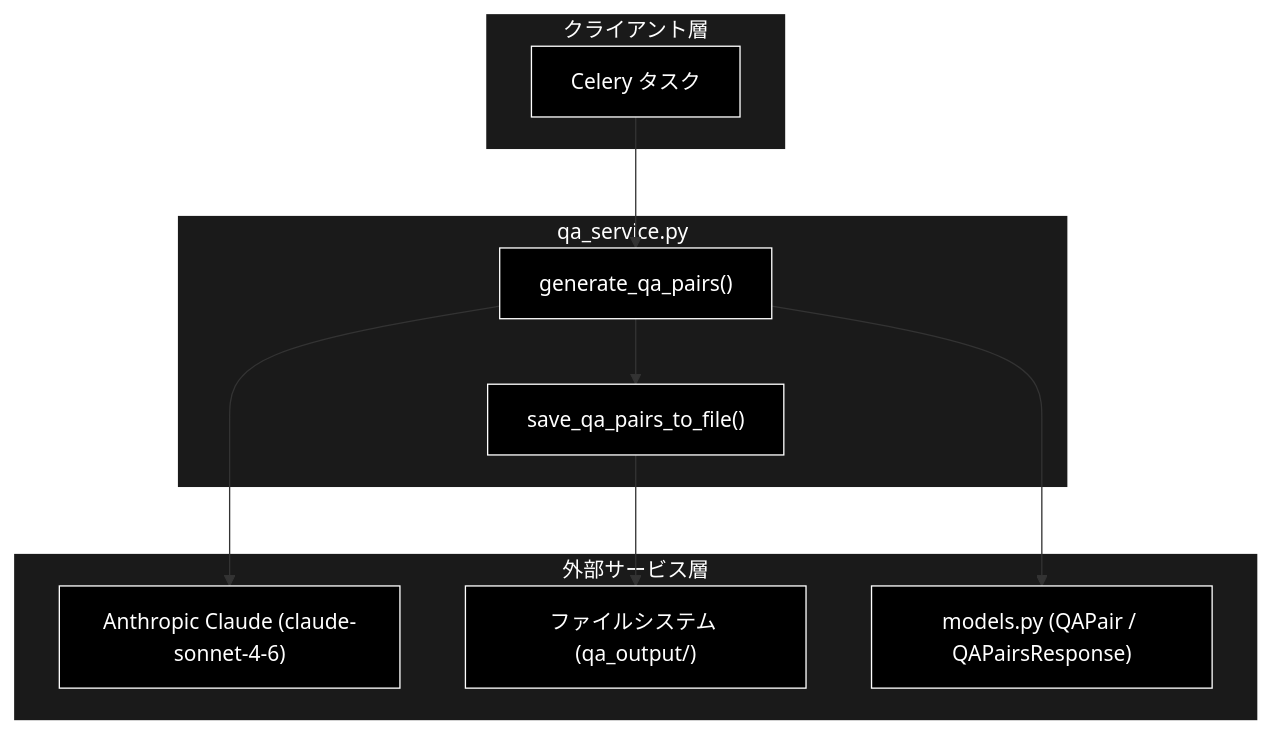
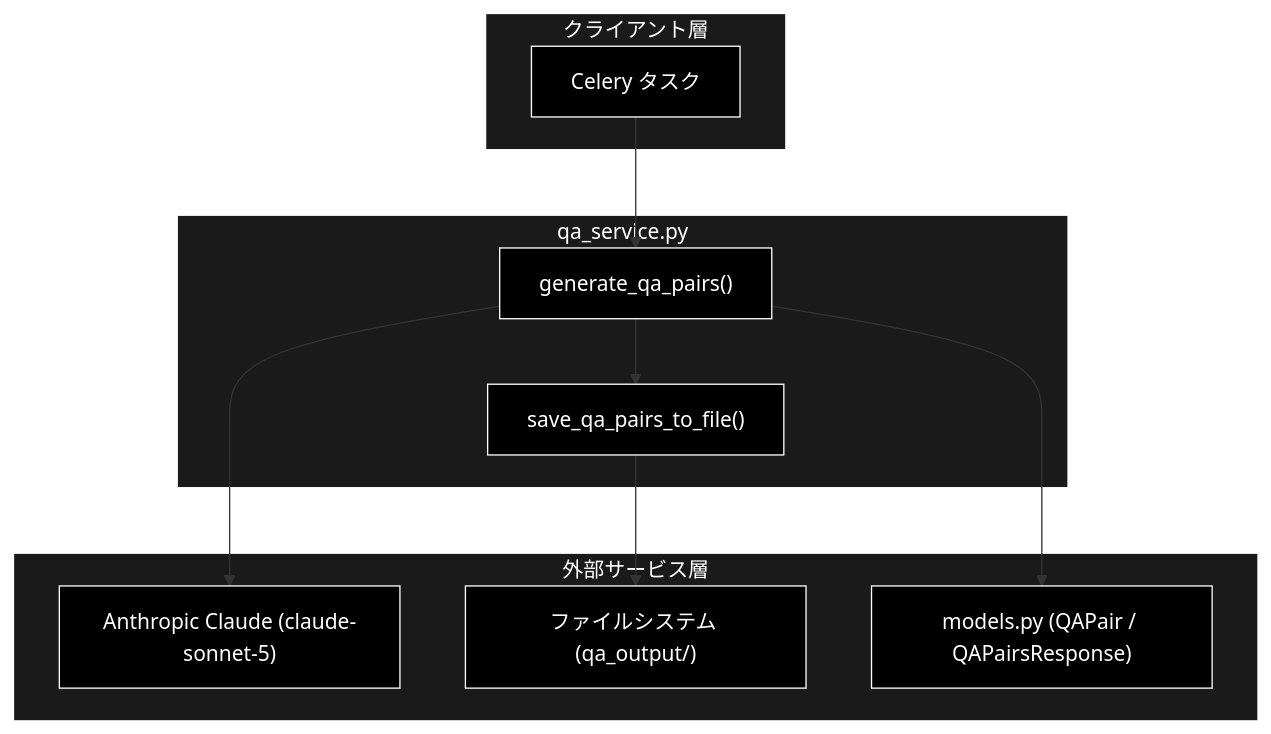
One commit to nakashima2toshio/grace_v2 changed the first of 3 diagrams in services/docs/qa_service.md. Above: the diagram before and after it, drawn with Mermaid. The commit also changed other lines of this file and 10 other files, not shown here.

````diff
--- a/services/docs/qa_service.md
+++ b/services/docs/qa_service.md
@@ -64,29 +63,29 @@
 ```mermaid
 flowchart TB
     subgraph CLIENT["クライアント層"]
         CELERY["Celery タスク"]
     end
 
     subgraph MODULE["qa_service.py"]
         GEN["generate_qa_pairs()"]
         SAVE["save_qa_pairs_to_file()"]
     end
 
     subgraph EXTERNAL["外部サービス層"]
-        CLAUDE["Anthropic Claude (claude-sonnet-4-6)"]
+        CLAUDE["Anthropic Claude (claude-sonnet-5)"]
         FS["ファイルシステム (qa_output/)"]
         MODELS["models.py (QAPair / QAPairsResponse)"]
     end
 
     CELERY --> GEN
     GEN --> CLAUDE
     GEN --> MODELS
     SAVE --> FS
     GEN --> SAVE
 classDef default fill:#000,stroke:#fff,color:#fff
 classDef subgraphStyle fill:#1a1a1a,stroke:#fff,color:#fff
 class CELERY,GEN,SAVE,CLAUDE,FS,MODELS default
 style CLIENT fill:#1a1a1a,stroke:#fff,color:#fff
 style MODULE fill:#1a1a1a,stroke:#fff,color:#fff
 style EXTERNAL fill:#1a1a1a,stroke:#fff,color:#fff
 ```
````
